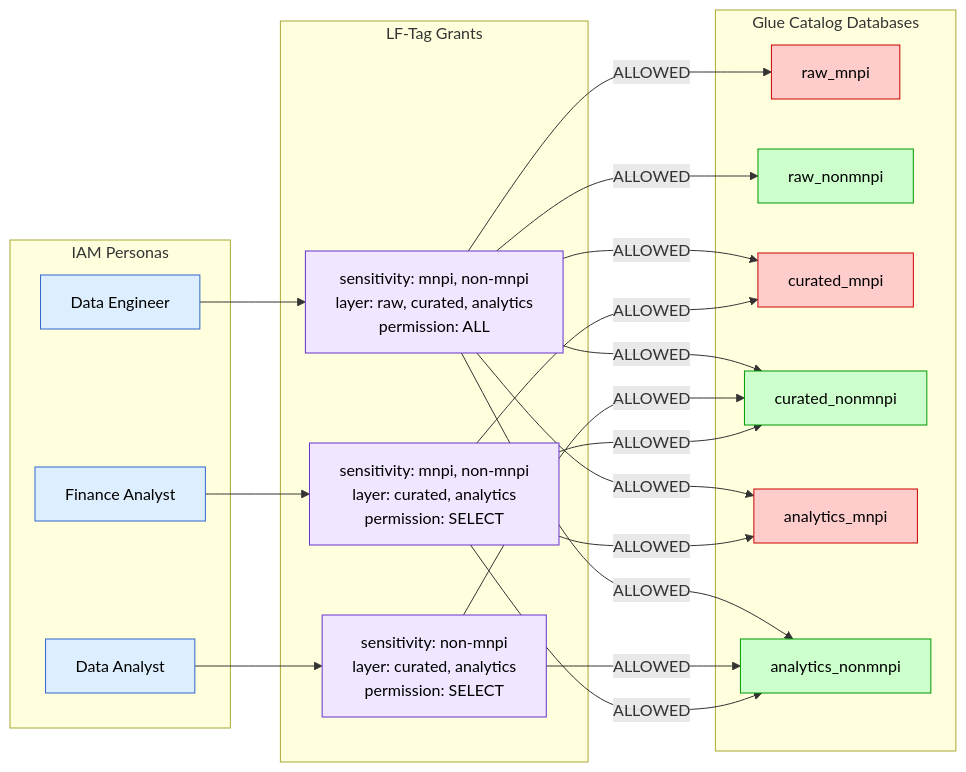
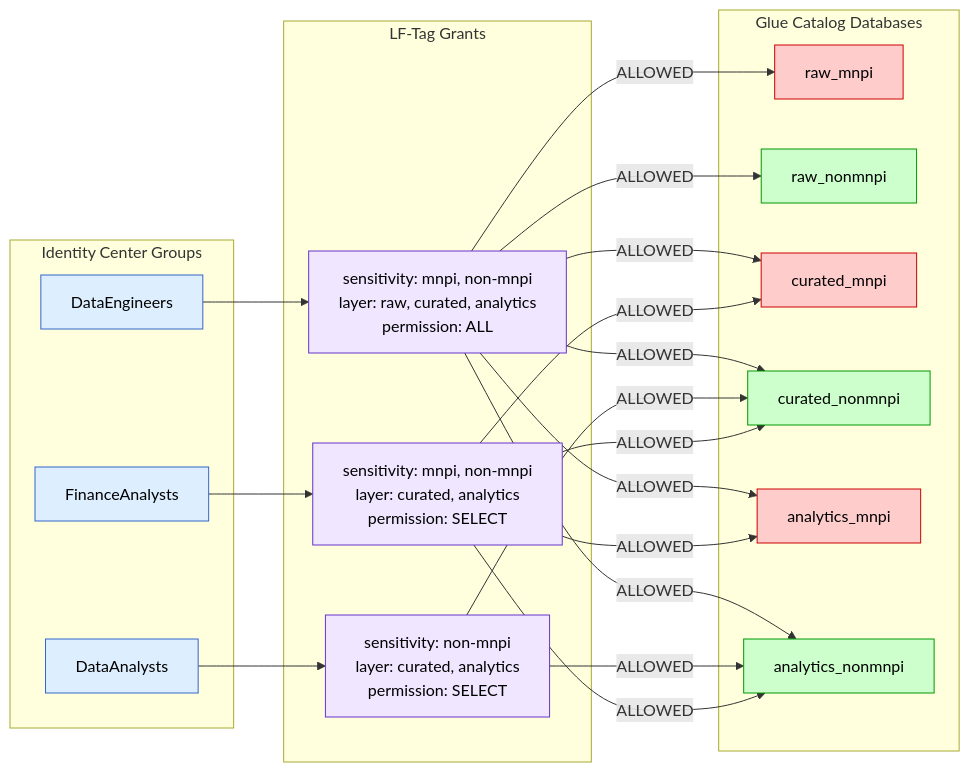
The third of 5 diagrams in docs/architecture-diagram.md (JediNight/data-lake-platform), drawn with Mermaid before and after one commit. The commit also changed other lines of this file and 1 other file, not shown here.

First line of the commit message:
docs: update architecture diagrams and documentation for Identity Center

````diff
--- a/docs/architecture-diagram.md
+++ b/docs/architecture-diagram.md
@@ -211,52 +211,52 @@
 ```mermaid
 flowchart LR
-    subgraph PERSONAS["IAM Personas"]
-        FIN["Finance Analyst"]
-        DA["Data Analyst"]
-        DE["Data Engineer"]
+    subgraph PERSONAS["Identity Center Groups"]
+        FIN["FinanceAnalysts"]
+        DA["DataAnalysts"]
+        DE["DataEngineers"]
     end
 
     subgraph LFTAG_GRANTS["LF-Tag Grants"]
         G_FIN["sensitivity: mnpi, non-mnpi\nlayer: curated, analytics\npermission: SELECT"]
         G_DA["sensitivity: non-mnpi\nlayer: curated, analytics\npermission: SELECT"]
         G_DE["sensitivity: mnpi, non-mnpi\nlayer: raw, curated, analytics\npermission: ALL"]
     end
 
     subgraph DATABASES["Glue Catalog Databases"]
         DB_RM["raw_mnpi"]
         DB_RN["raw_nonmnpi"]
         DB_CM["curated_mnpi"]
         DB_CN["curated_nonmnpi"]
         DB_AM["analytics_mnpi"]
         DB_AN["analytics_nonmnpi"]
     end
 
     FIN --> G_FIN
     DA --> G_DA
     DE --> G_DE
 
     G_FIN -->|"ALLOWED"| DB_CM
     G_FIN -->|"ALLOWED"| DB_CN
     G_FIN -->|"ALLOWED"| DB_AM
     G_FIN -->|"ALLOWED"| DB_AN
 
     G_DA -->|"ALLOWED"| DB_CN
     G_DA -->|"ALLOWED"| DB_AN
 
     G_DE -->|"ALLOWED"| DB_RM
     G_DE -->|"ALLOWED"| DB_RN
     G_DE -->|"ALLOWED"| DB_CM
     G_DE -->|"ALLOWED"| DB_CN
     G_DE -->|"ALLOWED"| DB_AM
     G_DE -->|"ALLOWED"| DB_AN
 
     classDef mnpi fill:#ffcccc,stroke:#cc0000,color:#000
     classDef nonmnpi fill:#ccffcc,stroke:#009900,color:#000
     classDef persona fill:#ddeeff,stroke:#3366cc,color:#000
     classDef grant fill:#f0e6ff,stroke:#6633cc,color:#000
 
     class DB_RM,DB_CM,DB_AM mnpi
     class DB_RN,DB_CN,DB_AN nonmnpi
     class FIN,DA,DE persona
     class G_FIN,G_DA,G_DE grant
 ```
````
